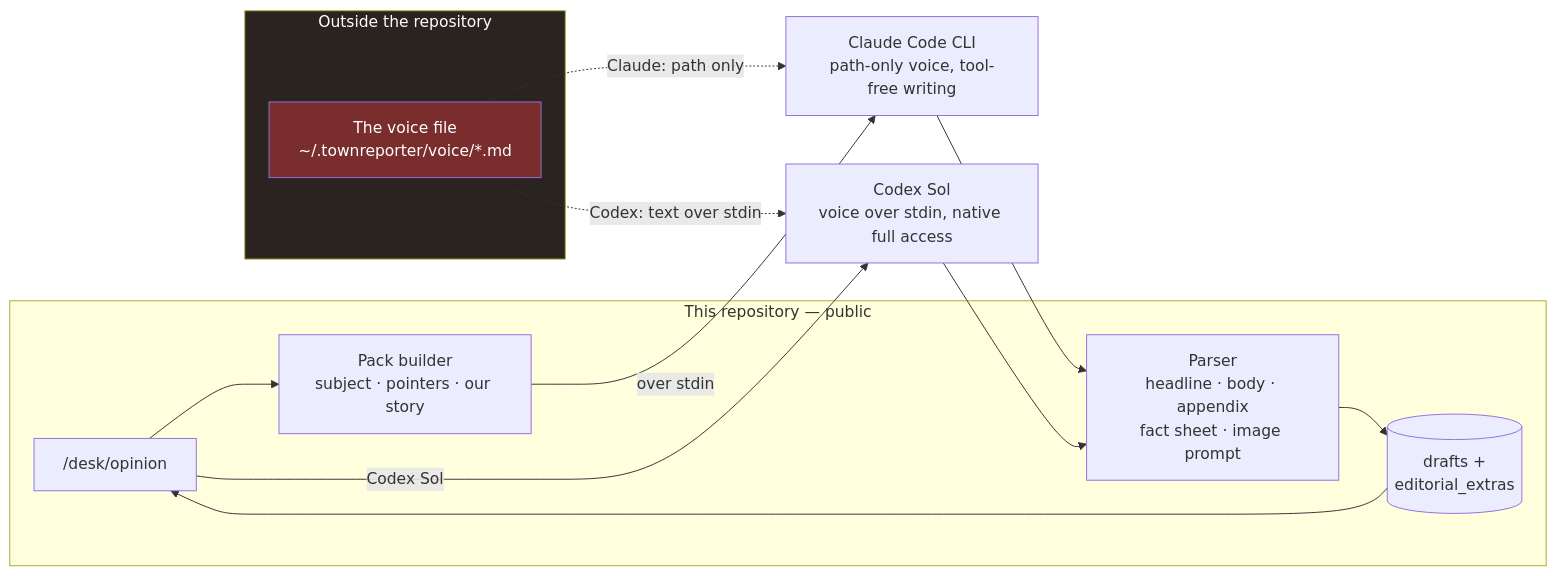
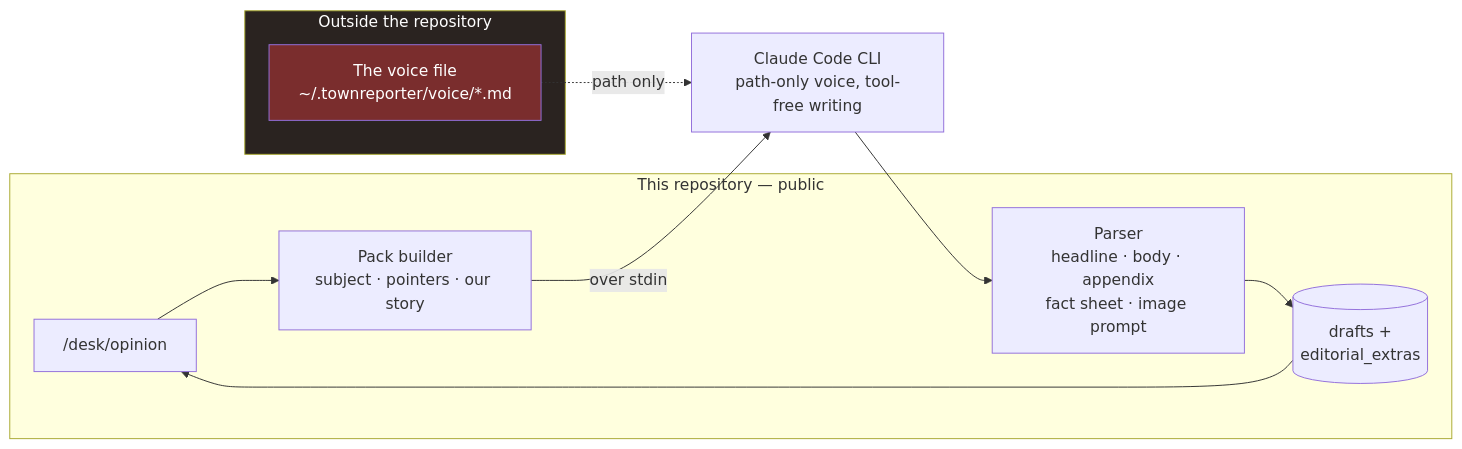
Before and after one commit to scottconverse/TownReporter: the fifth of 8 diagrams in docs/manual.md, drawn with Mermaid. The commit also changed other lines of this file and 18 other files, not shown here.

````diff
--- a/docs/manual.md
+++ b/docs/manual.md
@@ -694,27 +693,23 @@
 ```mermaid
 flowchart LR
     subgraph repo["This repository — public"]
         UI["/desk/opinion"]
         PACK["Pack builder<br/>subject · pointers · our story"]
         PARSE["Parser<br/>headline · body · appendix<br/>fact sheet · image prompt"]
         DRAFTS[("drafts +<br/>editorial_extras")]
     end
 
     subgraph private["Outside the repository"]
         VOICE["The voice file<br/>~/.townreporter/voice/*.md"]
     end
 
     CLI["Claude Code CLI<br/>path-only voice, tool-free writing"]
-    CODEX["Codex Sol<br/>voice over stdin, native full access"]
 
     UI --> PACK
     PACK -->|"over stdin"| CLI
-    VOICE -.->|"Claude: path only"| CLI
-    VOICE -.->|"Codex: text over stdin"| CODEX
+    VOICE -.->|"path only"| CLI
     CLI --> PARSE --> DRAFTS --> UI
-    UI -->|"Codex Sol"| CODEX
-    CODEX --> PARSE
 
     style private fill:#2a2320,color:#fff
     style VOICE fill:#7a2d2d,color:#fff
 ```
````
